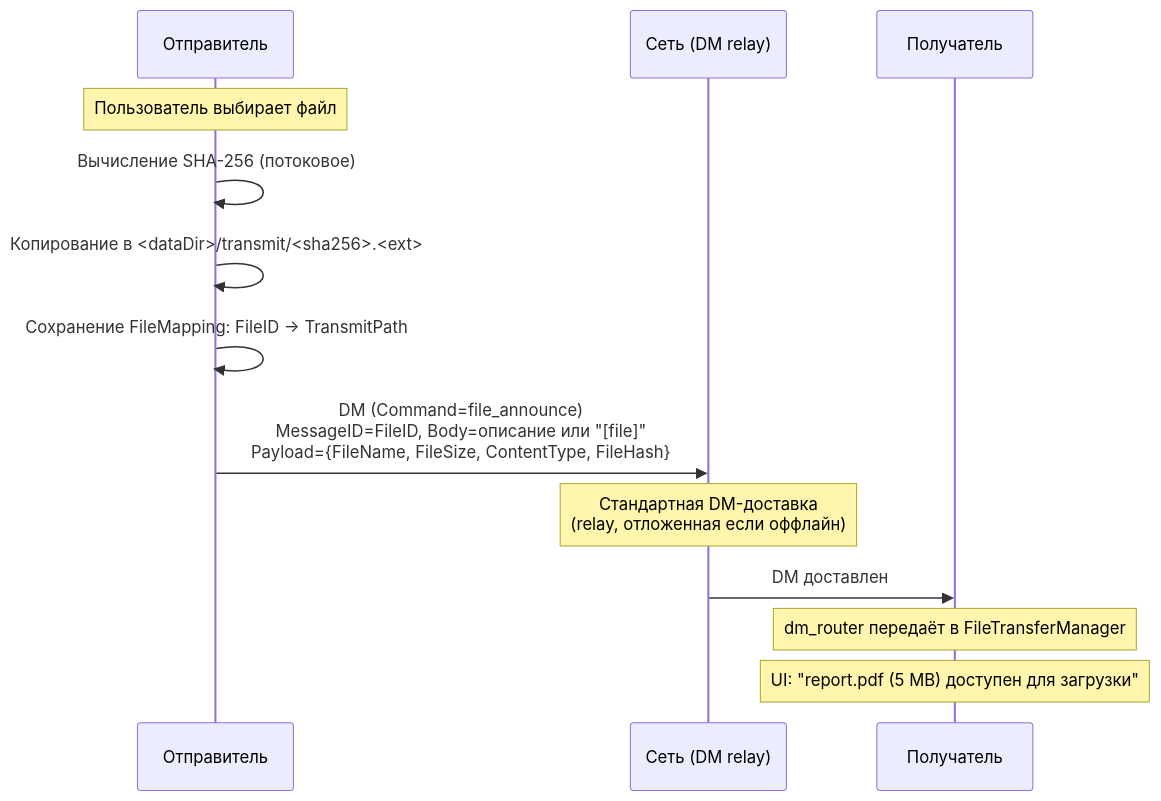
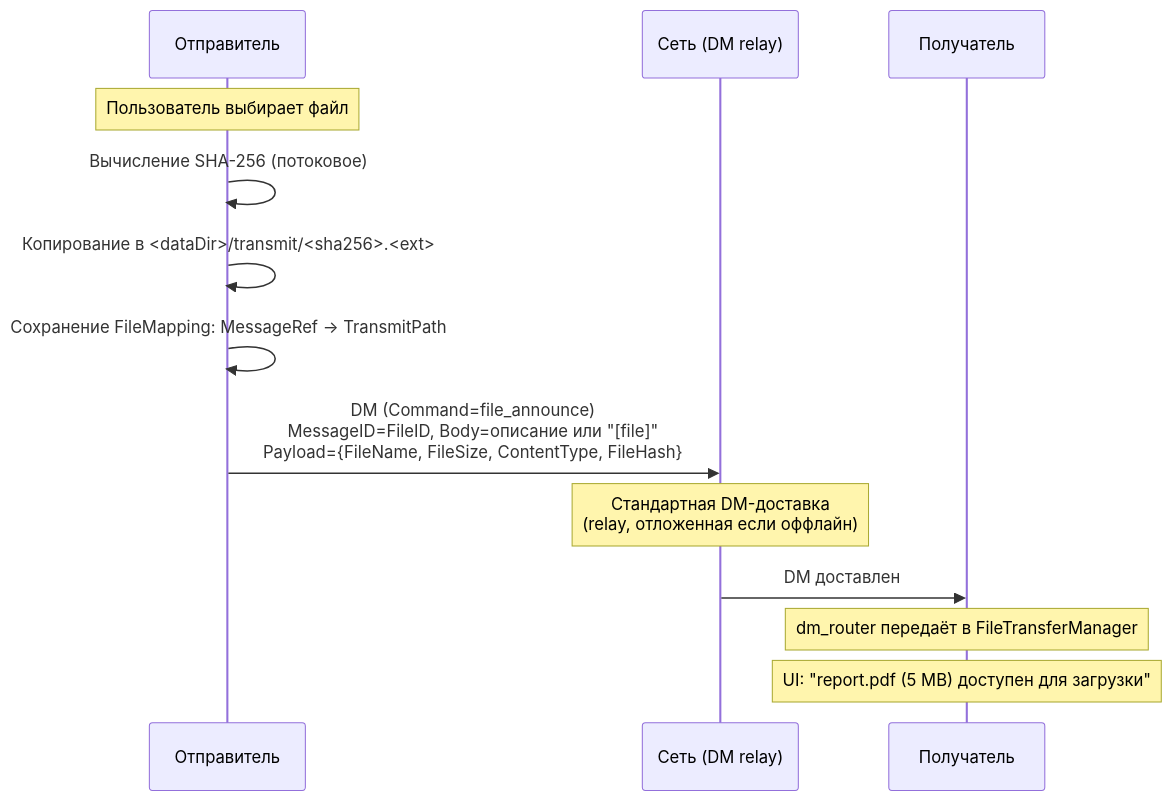
One commit to piratecash/corsa changed diagram 12 of 14 in docs/protocol/file_transfer.md. Above: the diagram before and after it, drawn with Mermaid. The commit also changed other lines of this file and 165 other files, not shown here.

````diff
--- a/docs/protocol/file_transfer.md
+++ b/docs/protocol/file_transfer.md
@@ -3303,19 +3433,19 @@
 ```mermaid
 sequenceDiagram
     participant S as Отправитель
     participant N as Сеть (DM relay)
     participant R as Получатель
 
     Note over S: Пользователь выбирает файл
     S->>S: Вычисление SHA-256 (потоковое)
     S->>S: Копирование в <dataDir>/transmit/<sha256>.<ext>
-    S->>S: Сохранение FileMapping: FileID → TransmitPath
+    S->>S: Сохранение FileMapping: MessageRef → TransmitPath
 
     S->>N: DM (Command=file_announce)<br/>MessageID=FileID, Body=описание или "[file]"<br/>Payload={FileName, FileSize, ContentType, FileHash}
 
     Note over N: Стандартная DM-доставка<br/>(relay, отложенная если оффлайн)
 
     N->>R: DM доставлен
     Note over R: dm_router передаёт в FileTransferManager
     Note over R: UI: "report.pdf (5 MB) доступен для загрузки"
 ```
````
